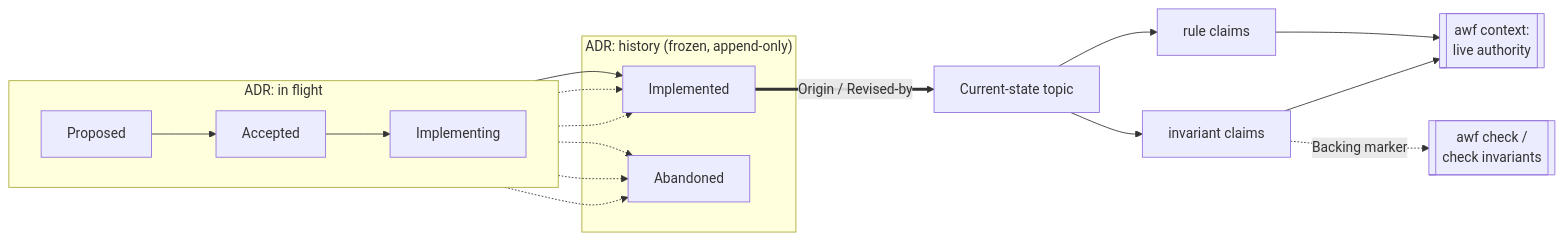
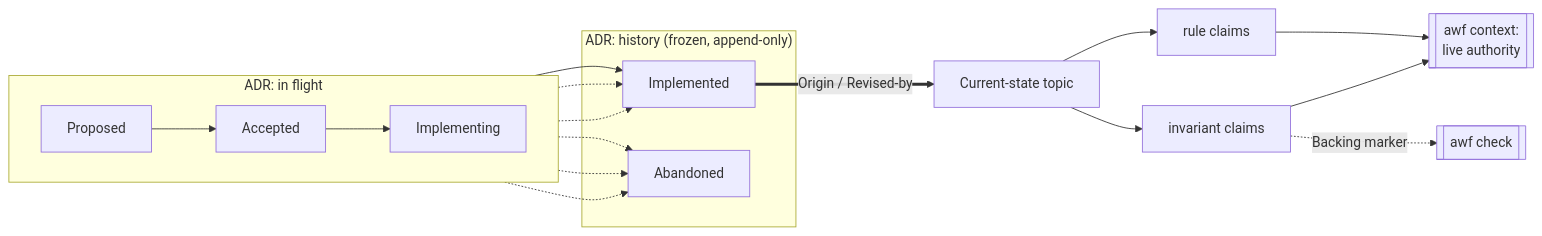
The second of 2 diagrams in README.md (hypnotox/agentic-workflows), drawn with Mermaid before and after one commit. The commit also changed other lines of this file and 36 other files, not shown here.

Commit message:
feat(tooling): remove check invariants and rescope the example adopter

````diff
--- a/README.md
+++ b/README.md
@@ -138,23 +138,23 @@
 ```mermaid
 flowchart LR
     subgraph flight["ADR: in flight"]
         direction LR
         PR[Proposed] --> AC[Accepted] --> IM[Implementing]
     end
     subgraph hist["ADR: history (frozen, append-only)"]
         IMP[Implemented]
         AB[Abandoned]
     end
     IM --> IMP
     PR -.-> IMP
     AC -.-> IMP
     PR -.-> AB
     AC -.-> AB
     IM -.-> AB
     IMP ==>|"Origin / Revised-by"| TOPIC[Current-state topic]
     TOPIC --> RULE[rule claims]
     TOPIC --> INV[invariant claims]
     RULE --> AUTH[["awf context:<br/>live authority"]]
     INV --> AUTH
-    INV -.->|Backing marker| CHECK[["awf check /<br/>check invariants"]]
+    INV -.->|Backing marker| CHECK[["awf check"]]
 ```
````
